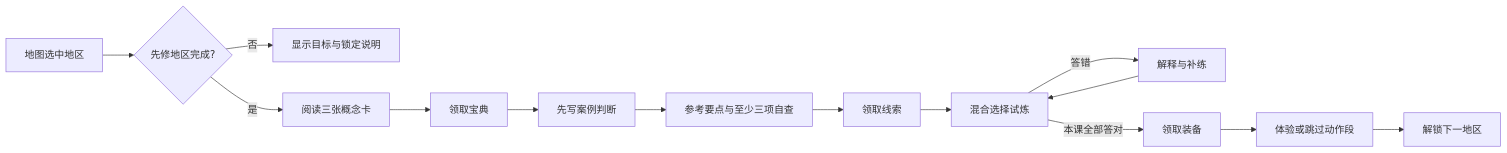
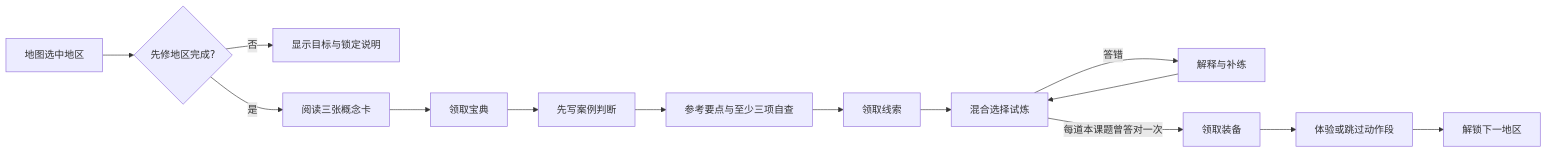
Before and after one commit to KeicyZhu/xiaoyu-business-island: the diagram in docs/PRD.md, drawn with Mermaid. The commit also changed other lines of this file and 32 other files, not shown here.

````diff
--- a/docs/PRD.md
+++ b/docs/PRD.md
@@ -104,16 +110,16 @@
 ```mermaid
 flowchart LR
   A[地图选中地区] --> B{先修地区完成?}
   B -- 否 --> C[显示目标与锁定说明]
   B -- 是 --> D[阅读三张概念卡]
   D --> E[领取宝典]
   E --> F[先写案例判断]
   F --> G[参考要点与至少三项自查]
   G --> H[领取线索]
   H --> I[混合选择试炼]
   I -- 答错 --> J[解释与补练]
   J --> I
-  I -- 本课全部答对 --> K[领取装备]
+  I -- 每道本课题曾答对一次 --> K[领取装备]
   K --> L[体验或跳过动作段]
   L --> M[解锁下一地区]
 ```
````
